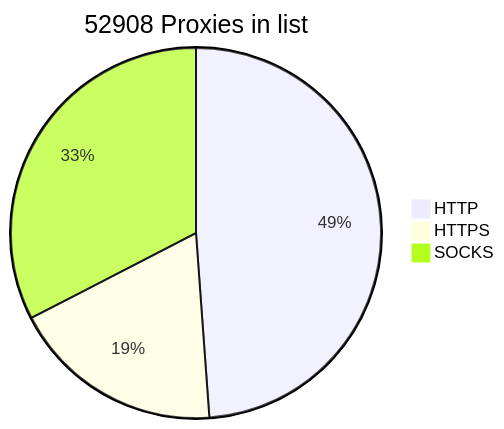
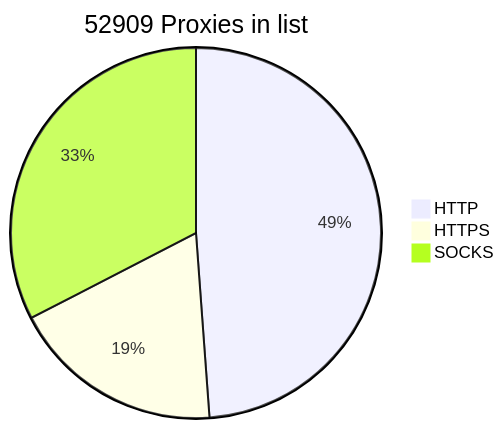
The diagram in README.md (BlackSnowDot/proxylist-update-every-minute), drawn with Mermaid before and after one commit.

````diff
--- a/README.md
+++ b/README.md
@@ -2,6 +2,6 @@
 ```mermaid
-pie title 52908 Proxies in list
-    "HTTP" : 29086
-    "HTTPS": 11063
+pie title 52909 Proxies in list
+    "HTTP" : 29080
+    "HTTPS": 11069
     "SOCKS" : 19396
 ```
````
